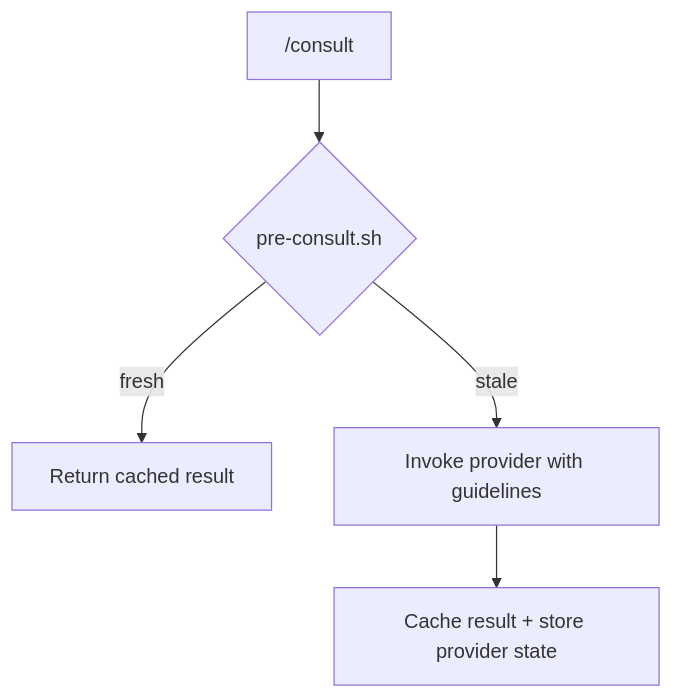
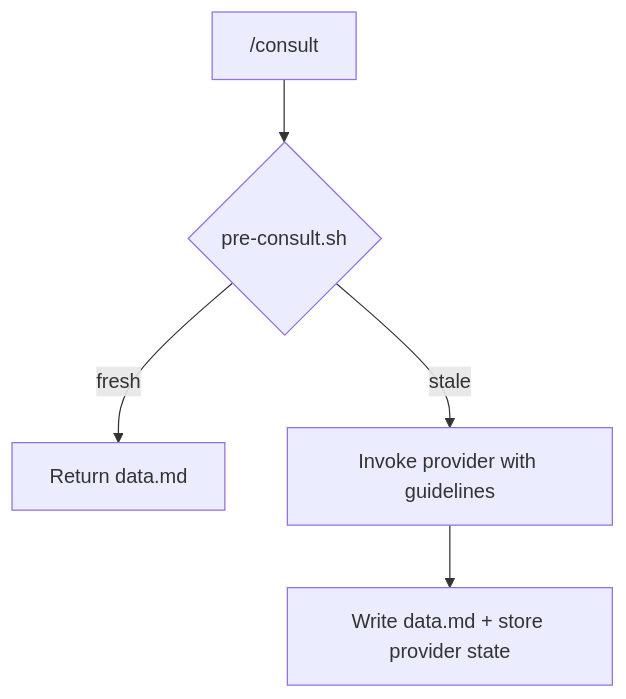
One commit to Kord96/kordinate changed the diagram in docs/framework/kords.md. Above: the diagram before and after it, drawn with Mermaid. The commit also changed other lines of this file and 1 other file, not shown here.

First line of the commit message:
Docs: kord terminology — contract.md + data.md [scribe]

````diff
--- a/docs/framework/kords.md
+++ b/docs/framework/kords.md
@@ -94,7 +94,7 @@
 ```mermaid
 flowchart TB
     C["/consult"] --> G{"pre-consult.sh"}
-    G -->|fresh| M[Return cached result]
+    G -->|fresh| M[Return data.md]
     G -->|stale| K[Invoke provider with guidelines]
-    K --> W[Cache result + store provider state]
+    K --> W[Write data.md + store provider state]
 ```
````
